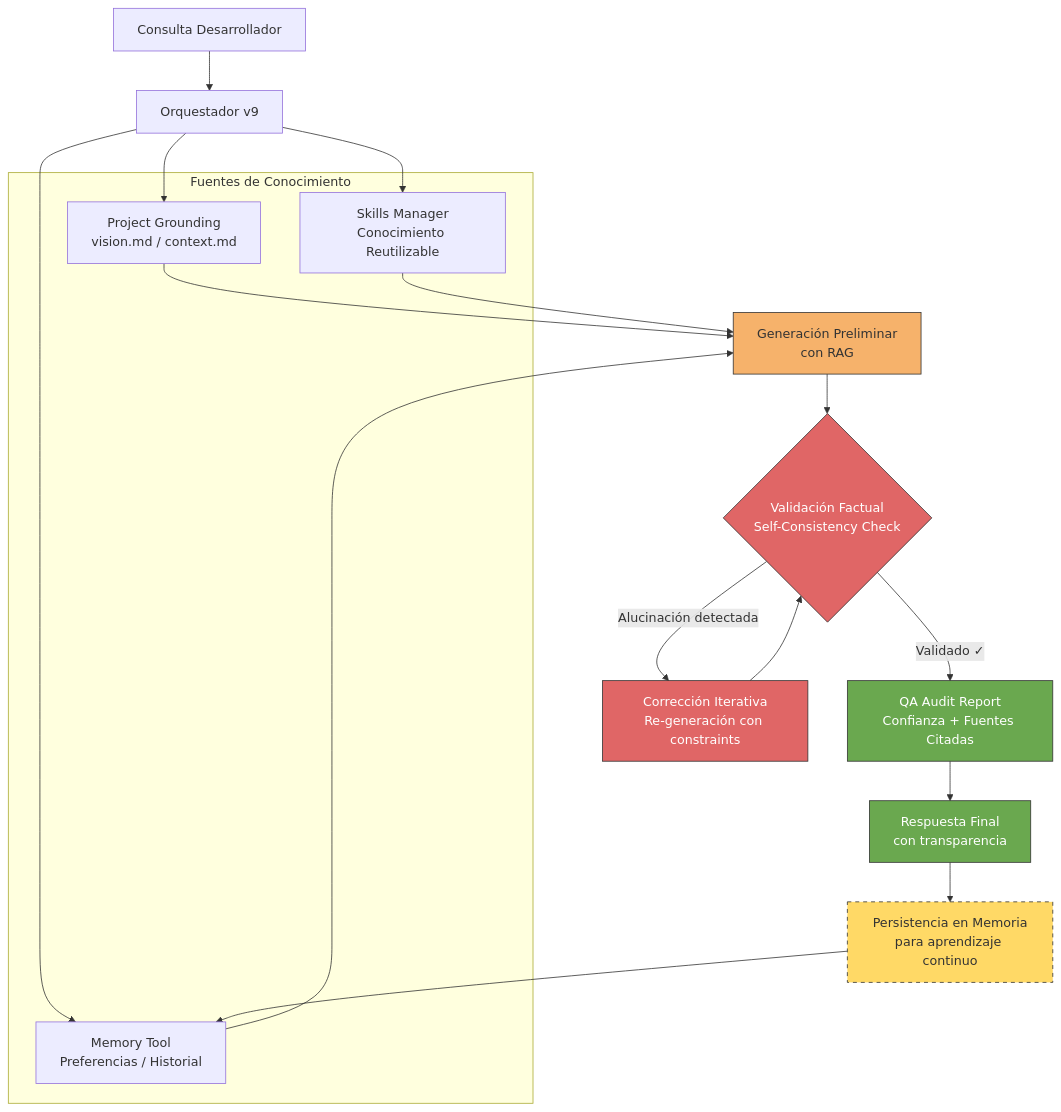
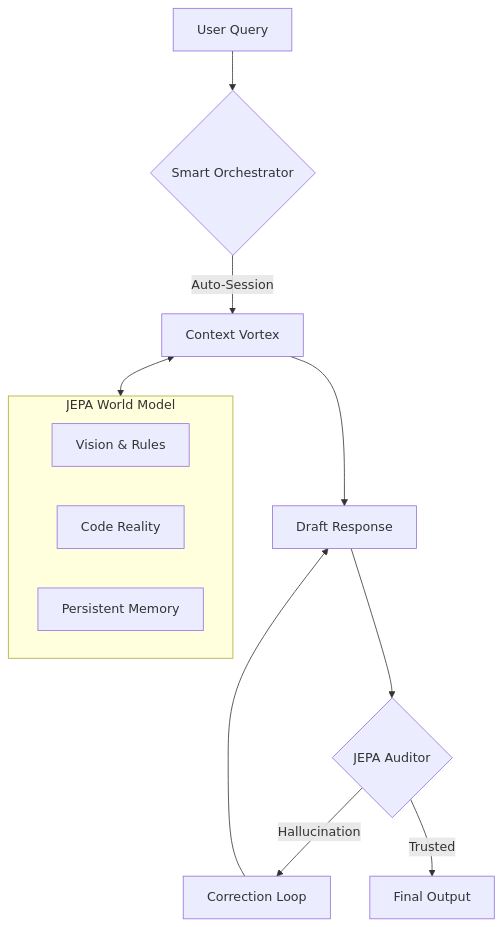
Before and after one commit to 0xC1pher/MCP-HUB-V8: the diagram in README.md, drawn with Mermaid. The commit also changed other lines of this file and 6 other files, not shown here.

Commit message:
feat: upgrade to Context Vortex v9 with JEPA World Model, updated docs and unified naming

````diff
--- a/README.md
+++ b/README.md
@@ -95,41 +121,21 @@
 ```mermaid
 flowchart TD
-    A[Consulta Desarrollador] --> B[Orquestador v9]
+    A[User Query] --> B{Smart Orchestrator}
+    B -- Auto-Session --> C[Context Vortex]
     
-    subgraph S1 [Fuentes de Conocimiento]
-        C[Project Grounding<br/>vision.md / context.md]
-        D[Memory Tool<br/>Preferencias / Historial]
-        E[Skills Manager<br/>Conocimiento Reutilizable]
+    subgraph WorldModel [JEPA World Model]
+        D[Vision & Rules]
+        E[Code Reality]
+        F[Persistent Memory]
     end
     
-    B --> C
-    B --> D
-    B --> E
+    C <--> WorldModel
     
-    C --> F[Generación Preliminar<br/>con RAG]
-    D --> F
-    E --> F
+    C --> G[Draft Response]
+    G --> H{JEPA Auditor}
     
-    F --> G{Validación Factual<br/>Self-Consistency Check}
+    H -- "Hallucination" --> I[Correction Loop]
+    I --> G
     
-    G -- "Alucinación detectada" --> H[Corrección Iterativa<br/>Re-generación con constraints]
-    H --> G
-    
-    G -- "Validado ✓" --> I[QA Audit Report<br/>Confianza + Fuentes Citadas]
-    
-    I --> J[Respuesta Final<br/>con transparencia]
-    
-    J --> K[Persistencia en Memoria<br/>para aprendizaje continuo]
-    K --> D
-    
-    %% Estilos
-    classDef generation fill:#f6b26b,stroke:#333
-    classDef validation fill:#e06666,stroke:#333,color:white
-    classDef output fill:#6aa84f,stroke:#333,color:white
-    classDef feedback fill:#ffd966,stroke:#333,stroke-dasharray: 5 5
-    
-    class F generation
-    class G,H validation
-    class I,J output
-    class K feedback
+    H -- "Trusted" --> J[Final Output]
 ```
````
